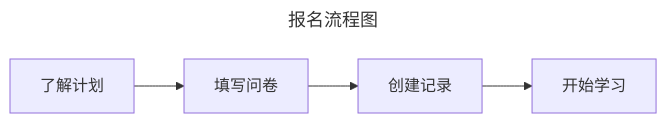
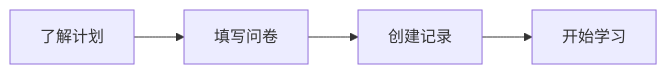
Before and after one commit to oscc-web/ysyx-website: the diagram in src/signup/signup-notice.md, drawn with Mermaid. The commit also changed other lines of this file and 2 other files, not shown here.

Commit message:
feat: finish signup notice doc

````diff
--- a/src/signup/signup-notice.md
+++ b/src/signup/signup-notice.md
@@ -12,11 +12,11 @@
 ```mermaid
 ---
-title: 报名流程图
+<!-- title: 报名流程图 -->
 ---
 flowchart LR
     project[了解计划] --> survey[填写问卷] --> record[创建记录] --> study[开始学习]
-    click project "./signup-notice.html#了解计划" _self
-    click survey "./signup-notice.html#填写问卷" _self
-    click record "./signup-notice.html#创建记录" _self
-    click study "./signup-notice.html#开始学习" _self
+    click project "./signup-notice.html#_1、了解计划" _self
+    click survey "./signup-notice.html#_2、填写问卷" _self
+    click record "./signup-notice.html#_3、创建记录" _self
+    click study "./signup-notice.html#_4、开始学习" _self
 ```
````
